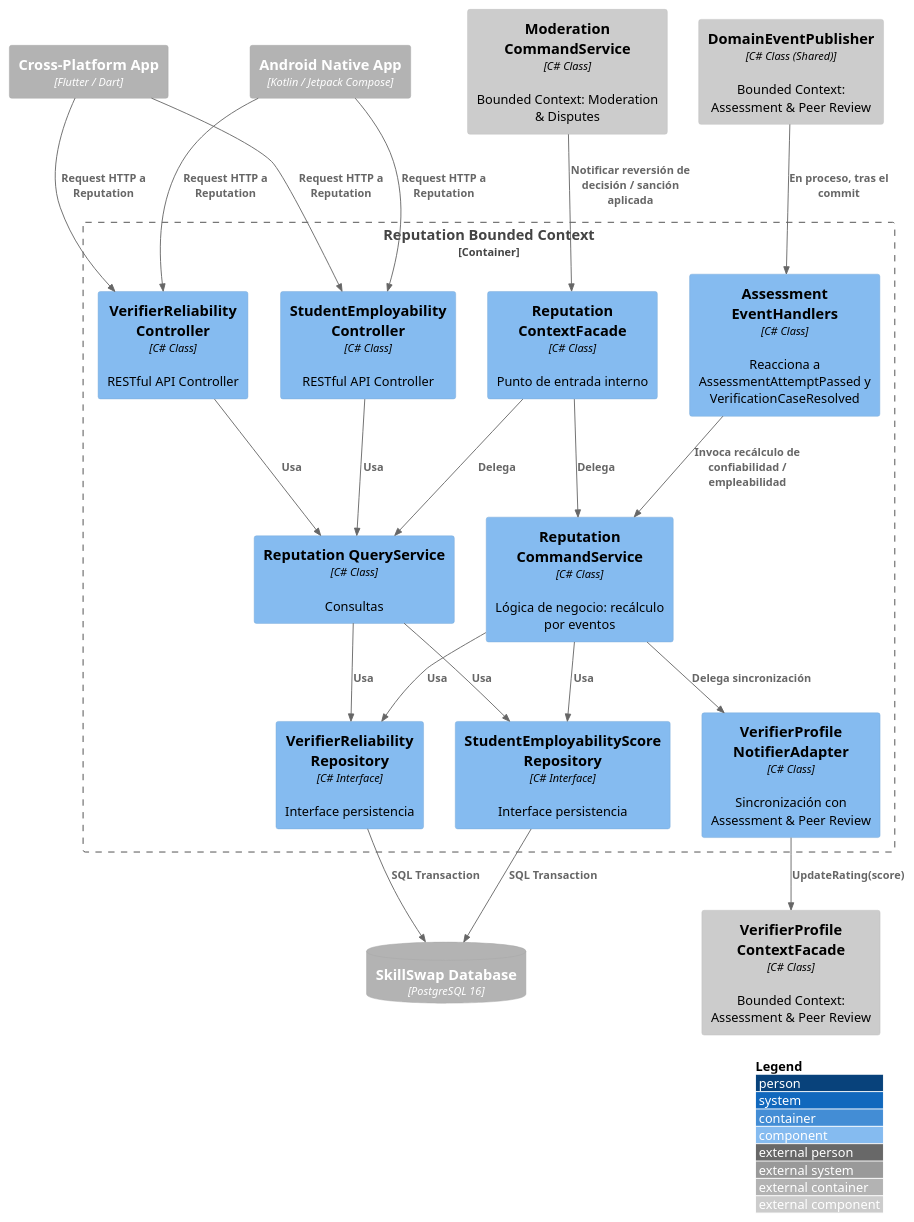
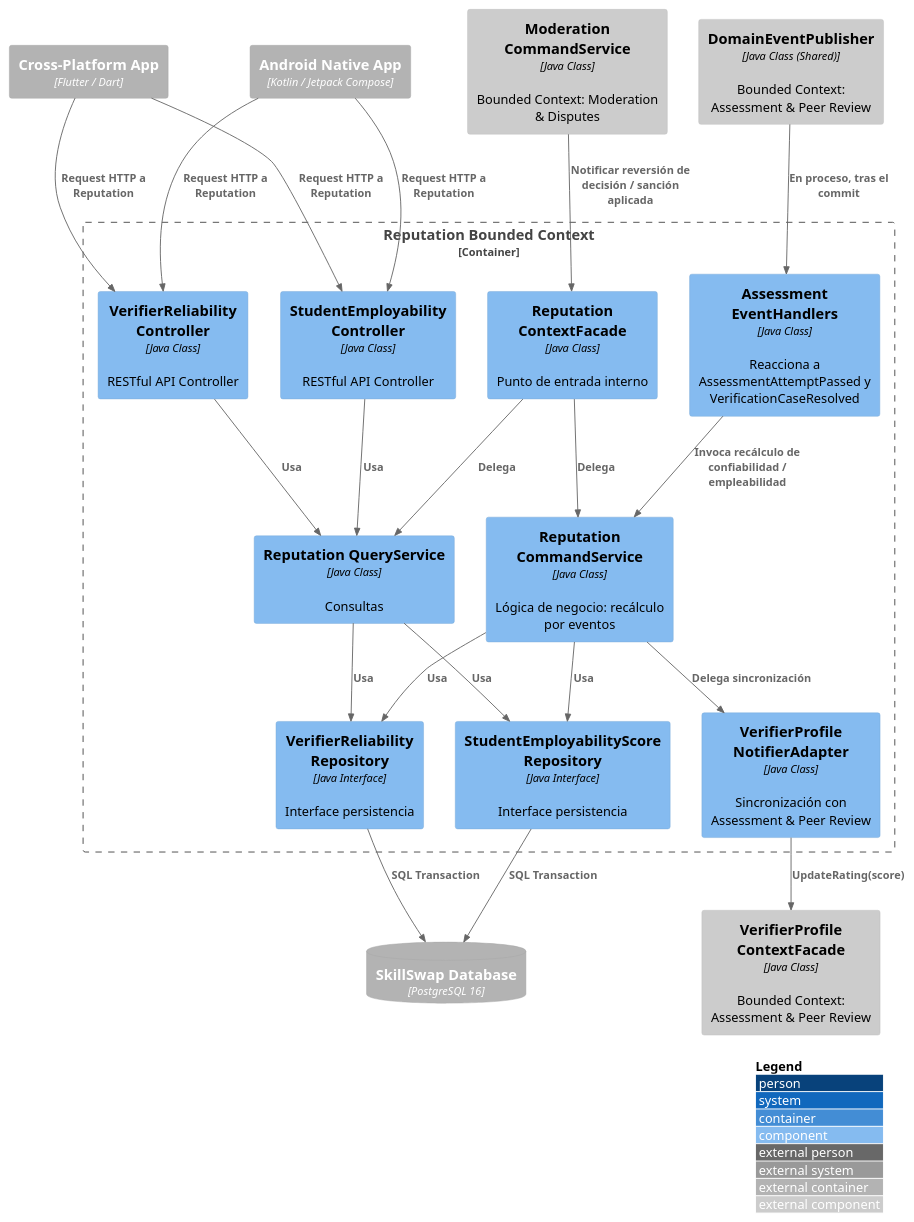
The diagram in DB&C4/Component Diagram — Reputation.puml (Aplicaciones-Dispositivos-Moviles/SkillSwap-ProjectReport), drawn with PlantUML before and after one commit. The commit also changed 32 other files, not shown here.

First line of the commit message:
docs(images): regenerate C4, context map and class diagrams from updated PlantUML sources

```diff
--- a/DB&C4/Component Diagram — Reputation.puml
+++ b/DB&C4/Component Diagram — Reputation.puml
@@ -1,52 +1,52 @@
 @startuml ReputationComponent
 !include https://raw.githubusercontent.com/plantuml-stdlib/C4-PlantUML/master/C4_Component.puml
 
 LAYOUT_WITH_LEGEND()
 
 Container_Ext(androidApp, "Android Native App", "Kotlin / Jetpack Compose")
 Container_Ext(flutterApp, "Cross-Platform App", "Flutter / Dart")
 ContainerDb_Ext(mainDB, "SkillSwap Database", "PostgreSQL 16")
 
 Container_Boundary(reputationBC, "Reputation Bounded Context") {
-    Component(verifierReliabilityController, "VerifierReliability Controller", "C# Class", "RESTful API Controller")
-    Component(studentEmployabilityController, "StudentEmployability Controller", "C# Class", "RESTful API Controller")
-    Component(reputationCommandService, "Reputation CommandService", "C# Class", "Lógica de negocio: recálculo por eventos")
-    Component(reputationQueryService, "Reputation QueryService", "C# Class", "Consultas")
-    Component(assessmentEventHandlers, "Assessment EventHandlers", "C# Class", "Reacciona a AssessmentAttemptPassed y VerificationCaseResolved")
-    Component(verifierReliabilityRepository, "VerifierReliability Repository", "C# Interface", "Interface persistencia")
-    Component(studentEmployabilityRepository, "StudentEmployabilityScore Repository", "C# Interface", "Interface persistencia")
-    Component(verifierProfileNotifierExternal, "VerifierProfile NotifierAdapter", "C# Class", "Sincronización con Assessment & Peer Review")
-    Component(reputationContextFacade, "Reputation ContextFacade", "C# Class", "Punto de entrada interno")
+    Component(verifierReliabilityController, "VerifierReliability Controller", "Java Class", "RESTful API Controller")
+    Component(studentEmployabilityController, "StudentEmployability Controller", "Java Class", "RESTful API Controller")
+    Component(reputationCommandService, "Reputation CommandService", "Java Class", "Lógica de negocio: recálculo por eventos")
+    Component(reputationQueryService, "Reputation QueryService", "Java Class", "Consultas")
+    Component(assessmentEventHandlers, "Assessment EventHandlers", "Java Class", "Reacciona a AssessmentAttemptPassed y VerificationCaseResolved")
+    Component(verifierReliabilityRepository, "VerifierReliability Repository", "Java Interface", "Interface persistencia")
+    Component(studentEmployabilityRepository, "StudentEmployabilityScore Repository", "Java Interface", "Interface persistencia")
+    Component(verifierProfileNotifierExternal, "VerifierProfile NotifierAdapter", "Java Class", "Sincronización con Assessment & Peer Review")
+    Component(reputationContextFacade, "Reputation ContextFacade", "Java Class", "Punto de entrada interno")
 }
 
-Component_Ext(verifierProfileContextFacade, "VerifierProfile ContextFacade", "C# Class", "Bounded Context: Assessment & Peer Review")
-Component_Ext(assessmentDomainEventPublisher, "DomainEventPublisher", "C# Class (Shared)", "Bounded Context: Assessment & Peer Review")
-Component_Ext(moderationCommandService, "Moderation CommandService", "C# Class", "Bounded Context: Moderation & Disputes")
+Component_Ext(verifierProfileContextFacade, "VerifierProfile ContextFacade", "Java Class", "Bounded Context: Assessment & Peer Review")
+Component_Ext(assessmentDomainEventPublisher, "DomainEventPublisher", "Java Class (Shared)", "Bounded Context: Assessment & Peer Review")
+Component_Ext(moderationCommandService, "Moderation CommandService", "Java Class", "Bounded Context: Moderation & Disputes")
 
 Rel(androidApp, verifierReliabilityController, "Request HTTP a Reputation")
 Rel(flutterApp, verifierReliabilityController, "Request HTTP a Reputation")
 Rel(androidApp, studentEmployabilityController, "Request HTTP a Reputation")
 Rel(flutterApp, studentEmployabilityController, "Request HTTP a Reputation")
 
 Rel(verifierReliabilityController, reputationQueryService, "Usa")
 Rel(studentEmployabilityController, reputationQueryService, "Usa")
 
 Rel(reputationCommandService, verifierReliabilityRepository, "Usa")
 Rel(reputationCommandService, studentEmployabilityRepository, "Usa")
 Rel(reputationQueryService, verifierReliabilityRepository, "Usa")
 Rel(reputationQueryService, studentEmployabilityRepository, "Usa")
 Rel(verifierReliabilityRepository, mainDB, "SQL Transaction")
 Rel(studentEmployabilityRepository, mainDB, "SQL Transaction")
 
 Rel(assessmentDomainEventPublisher, assessmentEventHandlers, "En proceso, tras el commit")
 Rel(assessmentEventHandlers, reputationCommandService, "Invoca recálculo de confiabilidad / empleabilidad")
 
 Rel(reputationCommandService, verifierProfileNotifierExternal, "Delega sincronización")
 Rel(verifierProfileNotifierExternal, verifierProfileContextFacade, "UpdateRating(score)")
 
 Rel(reputationContextFacade, reputationCommandService, "Delega")
 Rel(reputationContextFacade, reputationQueryService, "Delega")
 
 Rel(moderationCommandService, reputationContextFacade, "Notificar reversión de decisión / sanción aplicada")
 
 @enduml
```
